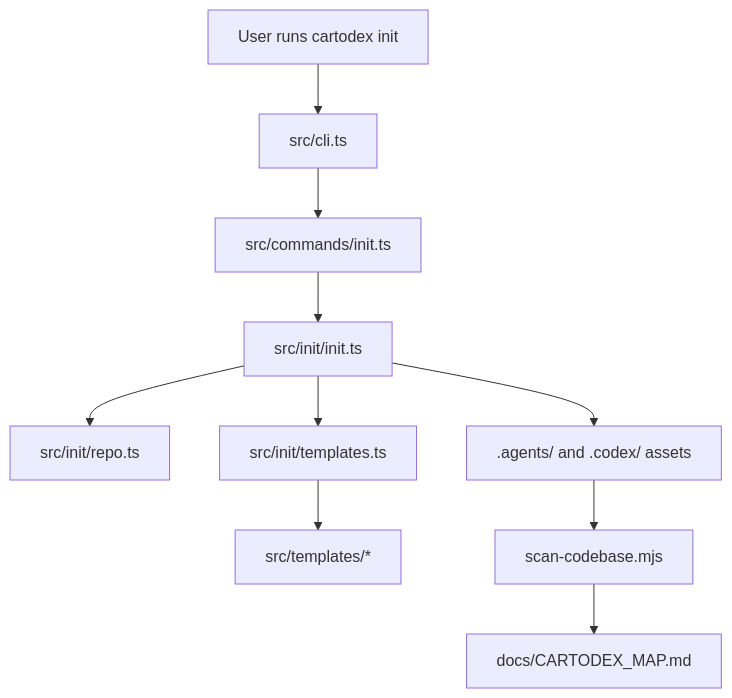
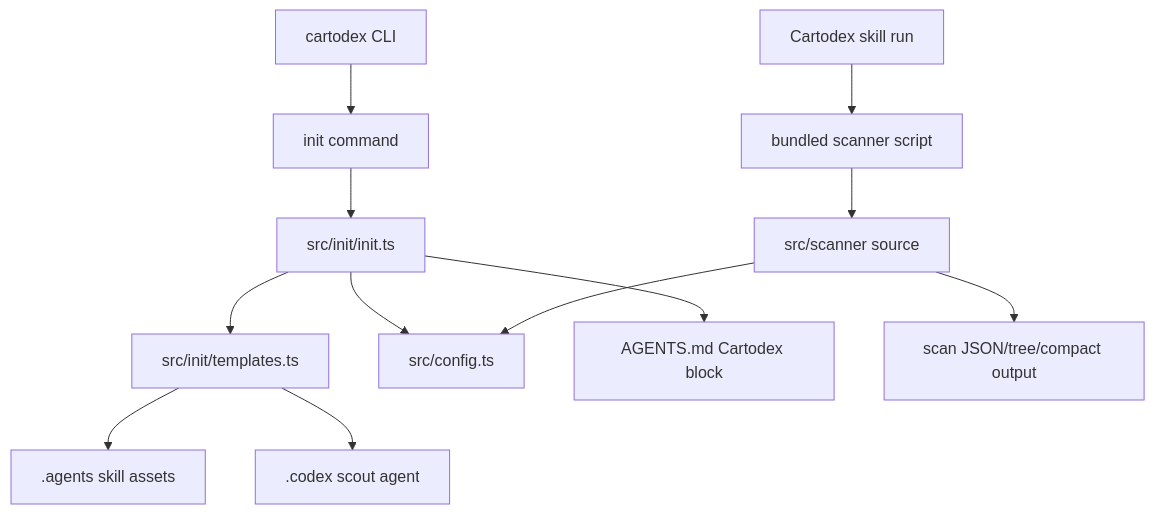
One commit to igorTT/cartographer-codex changed the diagram in docs/CARTODEX_MAP.md. Above: the diagram before and after it, drawn with Mermaid. The commit also changed other lines of this file and 3 other files, not shown here.

Commit message:
Update cartodex scan script bundle

````diff
--- a/docs/CARTODEX_MAP.md
+++ b/docs/CARTODEX_MAP.md
@@ -17,12 +15,14 @@
 ```mermaid
 flowchart TD
-  User["User runs cartodex init"] --> CLI["src/cli.ts"]
-  CLI --> Command["src/commands/init.ts"]
-  Command --> Init["src/init/init.ts"]
-  Init --> Repo["src/init/repo.ts"]
-  Init --> Templates["src/init/templates.ts"]
-  Templates --> SourceTemplates["src/templates/*"]
-  Init --> Installed[".agents/ and .codex/ assets"]
-  Installed --> Scan["scan-codebase.mjs"]
-  Scan --> Map["docs/CARTODEX_MAP.md"]
+  A["cartodex CLI"] --> B["init command"]
+  B --> C["src/init/init.ts"]
+  C --> D["src/init/templates.ts"]
+  C --> E["src/config.ts"]
+  C --> F["AGENTS.md Cartodex block"]
+  D --> G[".agents skill assets"]
+  D --> H[".codex scout agent"]
+  I["Cartodex skill run"] --> J["bundled scanner script"]
+  J --> K["src/scanner source"]
+  K --> E
+  K --> L["scan JSON/tree/compact output"]
 ```
````
